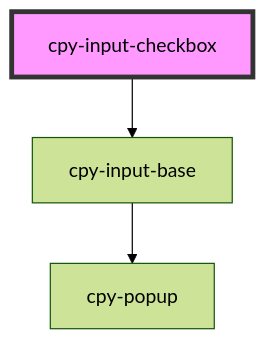
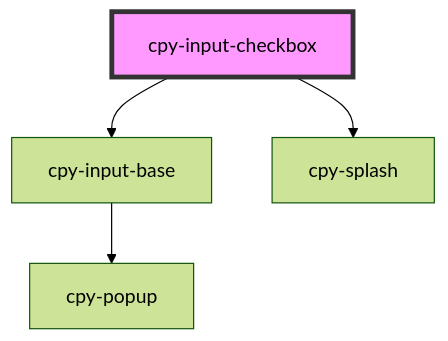
The diagram in stencil-lib/src/components/inputs/input-checkbox/readme.md (Lith1um/Canopy-Stencil), drawn with Mermaid (forest theme) before and after one commit. The commit also changed other lines of this file and 7 other files, not shown here.

````diff
--- a/stencil-lib/src/components/inputs/input-checkbox/readme.md
+++ b/stencil-lib/src/components/inputs/input-checkbox/readme.md
@@ -57,6 +58,7 @@
 ```mermaid
 graph TD;
   cpy-input-checkbox --> cpy-input-base
+  cpy-input-checkbox --> cpy-splash
   cpy-input-base --> cpy-popup
   style cpy-input-checkbox fill:#f9f,stroke:#333,stroke-width:4px
 ```
````
